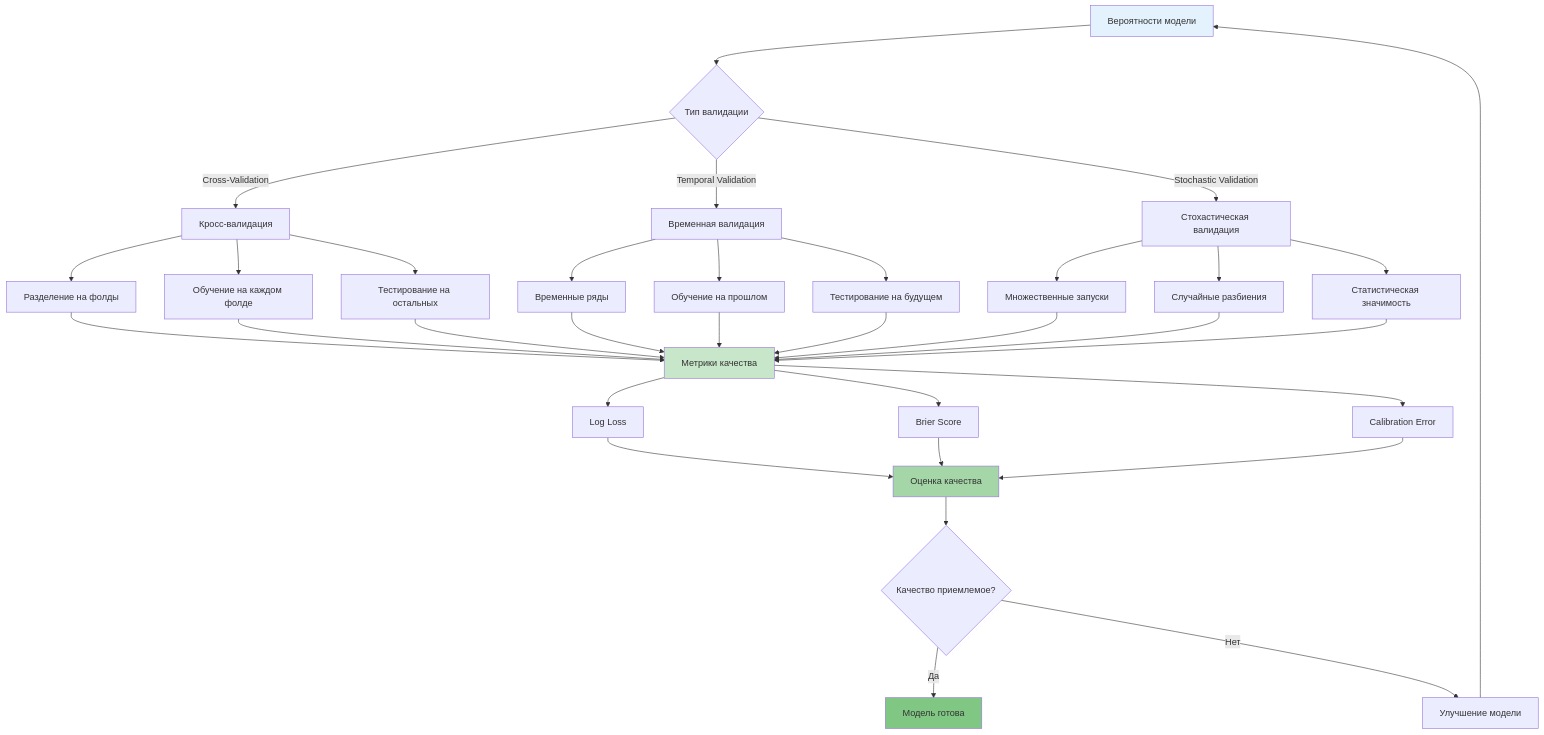
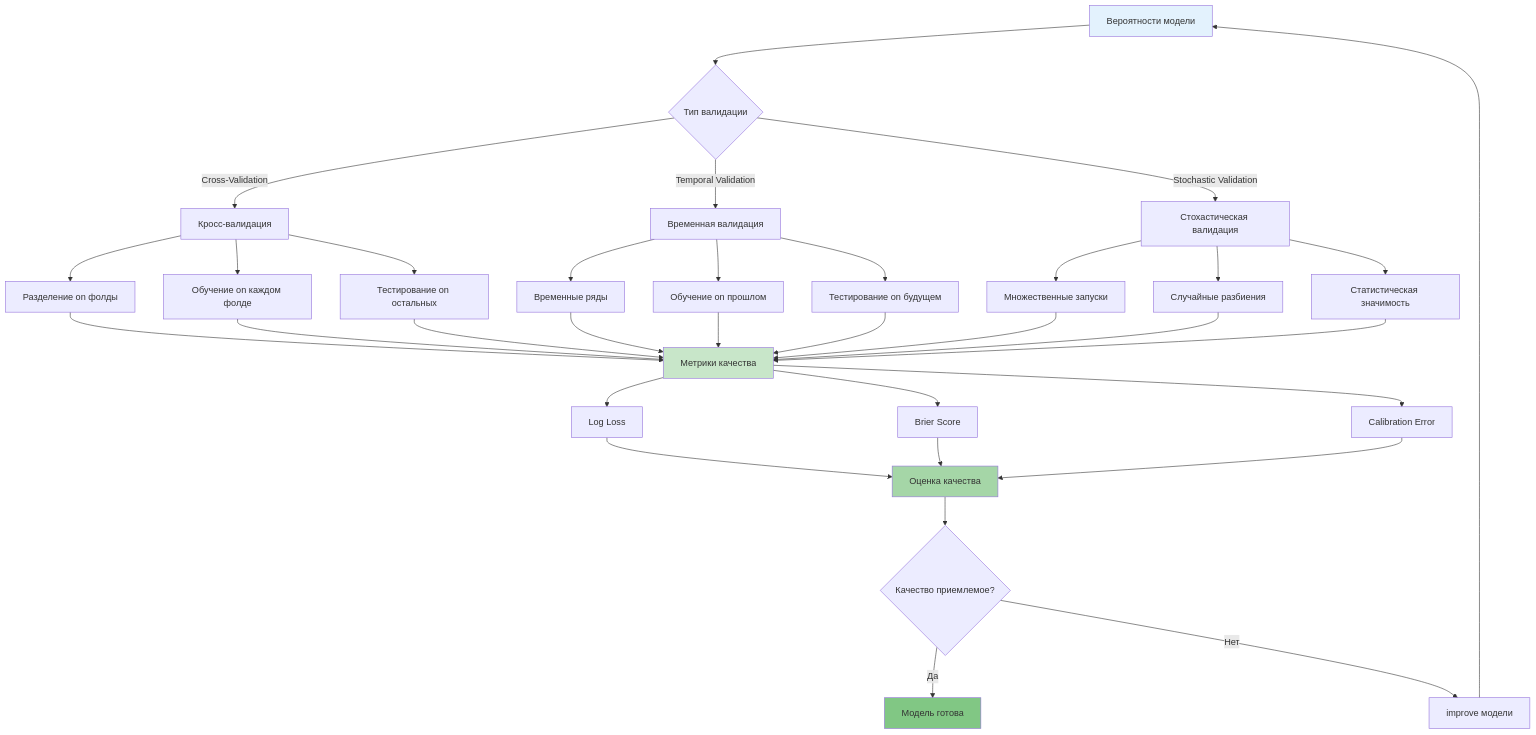
Before and after one commit to NeoZorK/neozork-hld-prediction: the sixth of 8 diagrams in docs/automl/gluon/26_probability_usage_guide.md, drawn with Mermaid. The commit also changed other lines of this file and 19 other files, not shown here.

````diff
--- a/docs/automl/gluon/26_probability_usage_guide.md
+++ b/docs/automl/gluon/26_probability_usage_guide.md
@@ -1553,48 +1553,48 @@
 ```mermaid
 graph TD
-    A[Вероятности модели] --> B{Тип валидации}
-    
-    B -->|Cross-Validation| C[Кросс-валидация]
-    B -->|Temporal Validation| D[Временная валидация]
-    B -->|Stochastic Validation| E[Стохастическая валидация]
-    
-    C --> C1[Разделение на фолды]
-    C --> C2[Обучение на каждом фолде]
-    C --> C3[Тестирование на остальных]
-    
-    D --> D1[Временные ряды]
-    D --> D2[Обучение на прошлом]
-    D --> D3[Тестирование на будущем]
-    
-    E --> E1[Множественные запуски]
-    E --> E2[Случайные разбиения]
-    E --> E3[Статистическая значимость]
-    
-    C1 --> F[Метрики качества]
-    C2 --> F
-    C3 --> F
-    D1 --> F
-    D2 --> F
-    D3 --> F
-    E1 --> F
-    E2 --> F
-    E3 --> F
-    
-    F --> G[Log Loss]
-    F --> H[Brier Score]
-    F --> I[Calibration Error]
-    
-    G --> J[Оценка качества]
-    H --> J
-    I --> J
-    
-    J --> K{Качество приемлемое?}
-    K -->|Да| L[Модель готова]
-    K -->|Нет| M[Улучшение модели]
-    M --> A
-    
-    style A fill:#e3f2fd
-    style F fill:#c8e6c9
-    style J fill:#a5d6a7
-    style L fill:#81c784
+ A[Вероятности модели] --> B{Тип валидации}
+
+ B -->|Cross-Validation| C[Кросс-валидация]
+ B -->|Temporal Validation| D[Временная валидация]
+ B -->|Stochastic Validation| E[Стохастическая валидация]
+
+ C --> C1[Разделение on фолды]
+ C --> C2[Обучение on каждом фолде]
+ C --> C3[Тестирование on остальных]
+
+ D --> D1[Временные ряды]
+ D --> D2[Обучение on прошлом]
+ D --> D3[Тестирование on будущем]
+
+ E --> E1[Множественные запуски]
+ E --> E2[Случайные разбиения]
+ E --> E3[Статистическая значимость]
+
+ C1 --> F[Метрики качества]
+ C2 --> F
+ C3 --> F
+ D1 --> F
+ D2 --> F
+ D3 --> F
+ E1 --> F
+ E2 --> F
+ E3 --> F
+
+ F --> G[Log Loss]
+ F --> H[Brier Score]
+ F --> I[Calibration Error]
+
+ G --> J[Оценка качества]
+ H --> J
+ I --> J
+
+ J --> K{Качество приемлемое?}
+ K -->|Да| L[Модель готова]
+ K -->|Нет| M[improve модели]
+ M --> A
+
+ style A fill:#e3f2fd
+ style F fill:#c8e6c9
+ style J fill:#a5d6a7
+ style L fill:#81c784
 ```
````
